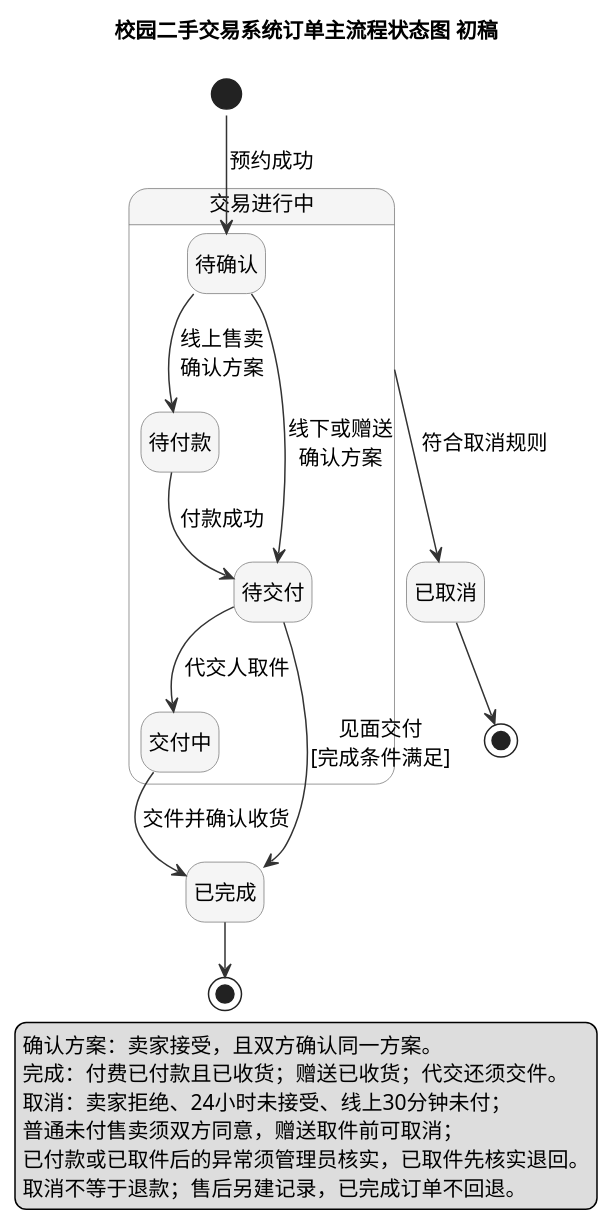
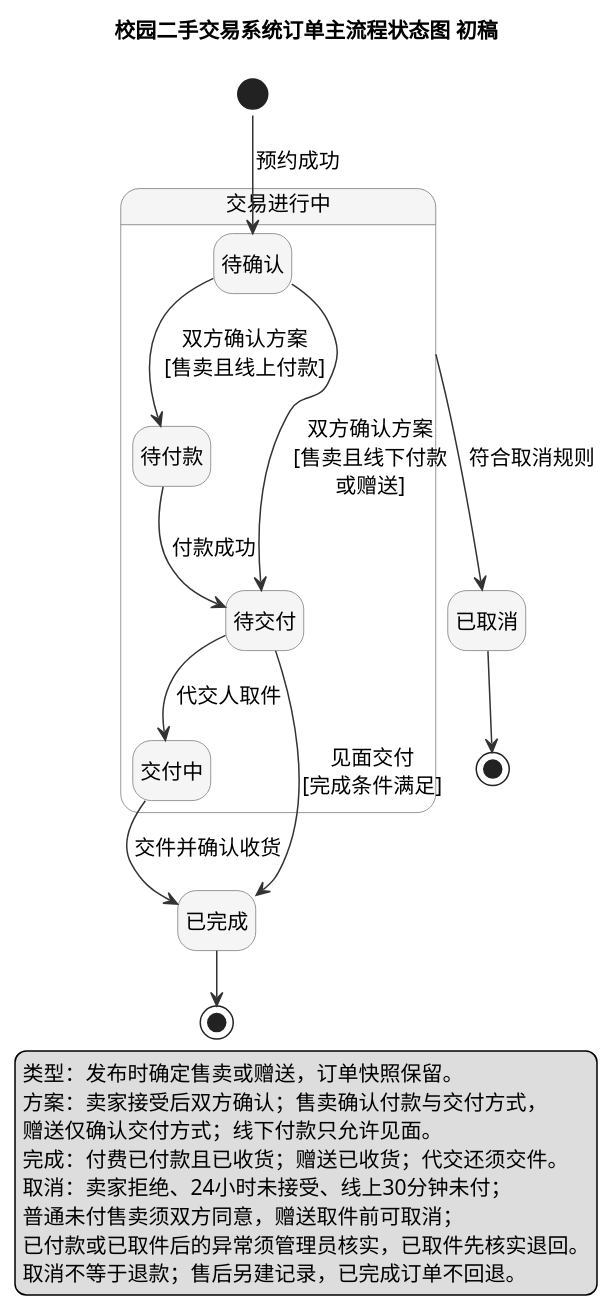
Before and after one commit to koishikois259/campus-market: the diagram in UML/UML状态图.puml, drawn with PlantUML. The commit also changed 11 other files, not shown here.

Commit message:
lab2: clarify order type guards and add after-sale state draft to report

```diff
--- a/UML/UML状态图.puml
+++ b/UML/UML状态图.puml
@@ -1,49 +1,51 @@
 @startuml
-' Order state diagram simplified draft v0.2, 2026-11-03.
+' Order state diagram v0.3, revised after user review, 2026-11-04.
 ' Reference: https://plantuml.com/zh/state-diagram
 !pragma layout smetana
 title 校园二手交易系统订单主流程状态图 初稿
 hide empty description
 skinparam defaultFontName Microsoft YaHei
 skinparam defaultFontSize 14
 skinparam shadowing false
 skinparam stateBackgroundColor #F5F5F5
 skinparam stateBorderColor #777777
 skinparam ArrowColor #333333
 skinparam nodesep 30
 skinparam ranksep 30
 
 state "交易进行中" as Active {
   state "待确认" as Pending
   state "待付款" as WaitingPayment
   state "待交付" as Ready
   state "交付中" as Delivering
 
-  Pending -down-> WaitingPayment : 线上售卖\n确认方案
+  Pending -down-> WaitingPayment : 双方确认方案\n[售卖且线上付款]
   WaitingPayment -down-> Ready : 付款成功
-  Pending --> Ready : 线下或赠送\n确认方案
+  Pending --> Ready : 双方确认方案\n[售卖且线下付款\n或赠送]
   Ready -down-> Delivering : 代交人取件
 }
 
 state "已完成" as Completed
 state "已取消" as Cancelled
 state CompletedEnd <<end>>
 state CancelledEnd <<end>>
 
 [*] --> Pending : 预约成功
 Ready --> Completed : 见面交付\n[完成条件满足]
 Delivering --> Completed : 交件并确认收货
 Active -right-> Cancelled : 符合取消规则
 Ready -[hidden]right-> Cancelled
 Completed --> CompletedEnd
 Cancelled --> CancelledEnd
 
 legend bottom
-  确认方案：卖家接受，且双方确认同一方案。
+  类型：发布时确定售卖或赠送，订单快照保留。
+  方案：卖家接受后双方确认；售卖确认付款与交付方式，
+  赠送仅确认交付方式；线下付款只允许见面。
   完成：付费已付款且已收货；赠送已收货；代交还须交件。
   取消：卖家拒绝、24小时未接受、线上30分钟未付；
   普通未付售卖须双方同意，赠送取件前可取消；
   已付款或已取件后的异常须管理员核实，已取件先核实退回。
   取消不等于退款；售后另建记录，已完成订单不回退。
 endlegend
 @enduml
```
